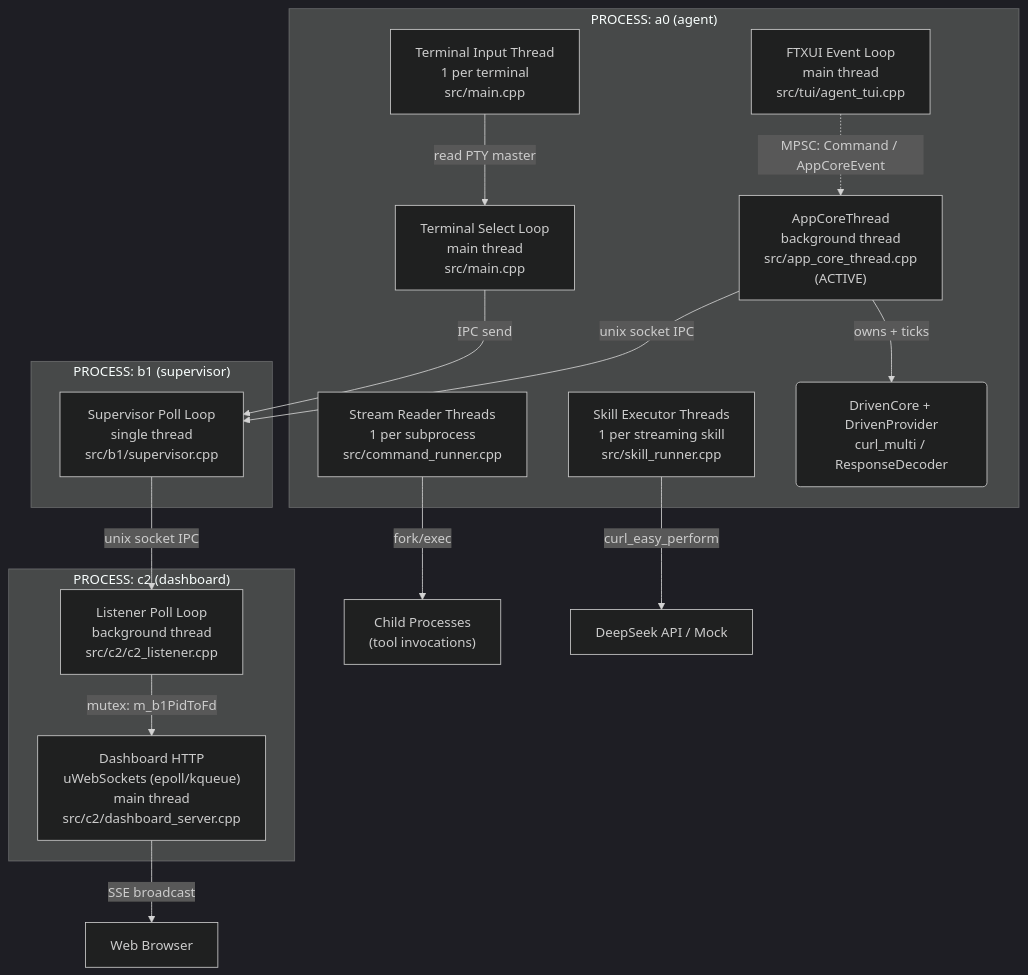
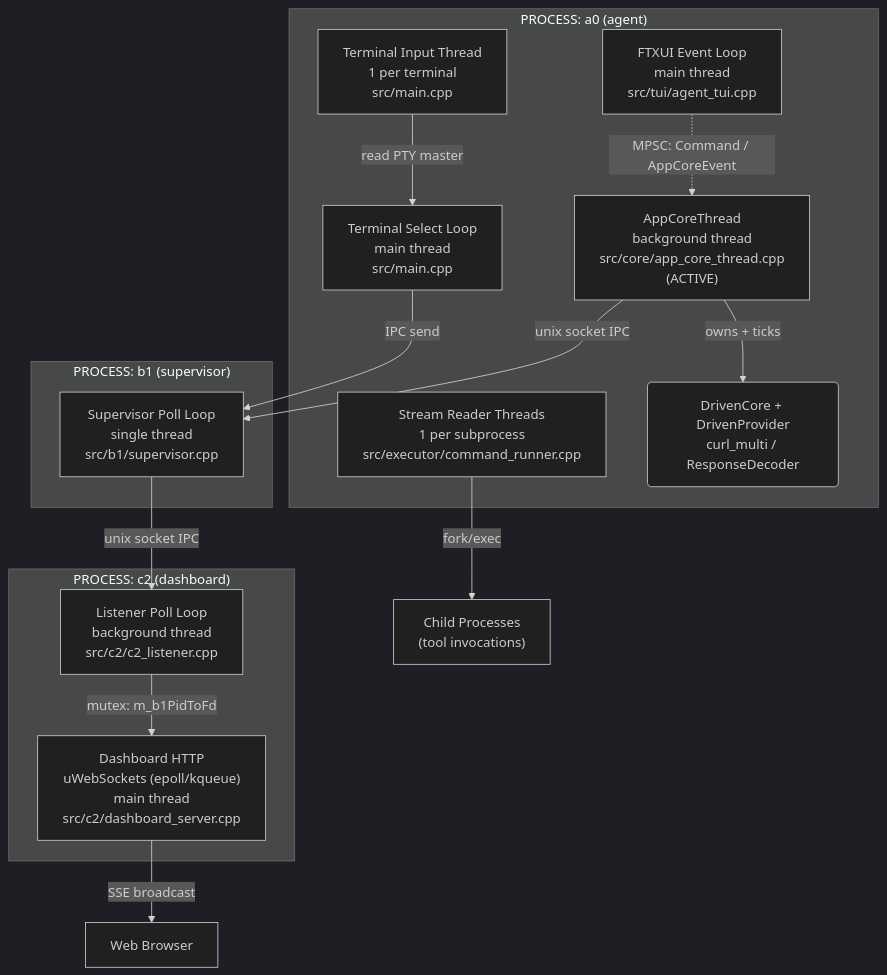
One commit to opensassi/a0 changed the first of 6 diagrams in specs/concurrency-model.md. Above: the diagram before and after it, drawn with Mermaid (dark theme). The commit also changed other lines of this file and 165 other files, not shown here.

````diff
--- a/specs/concurrency-model.md
+++ b/specs/concurrency-model.md
@@ -27,35 +27,33 @@
 ```mermaid
 graph TB
     subgraph "PROCESS: a0 (agent)"
         FTXUI["FTXUI Event Loop<br/>main thread<br/>src/tui/agent_tui.cpp"]
-        APPCT["AppCoreThread<br/>background thread<br/>src/app_core_thread.cpp<br/>(ACTIVE)"]
-        STRM["Stream Reader Threads<br/>1 per subprocess<br/>src/command_runner.cpp"]
-        SKEX["Skill Executor Threads<br/>1 per streaming skill<br/>src/skill_runner.cpp"]
+        APPCT["AppCoreThread<br/>background thread<br/>src/core/app_core_thread.cpp<br/>(ACTIVE)"]
+        STRM["Stream Reader Threads<br/>1 per subprocess<br/>src/executor/command_runner.cpp"]
         TINP["Terminal Input Thread<br/>1 per terminal<br/>src/main.cpp"]
         TSEL["Terminal Select Loop<br/>main thread<br/>src/main.cpp"]
         DRIVEN("DrivenCore + DrivenProvider<br/>curl_multi / ResponseDecoder")
 
         FTXUI -.->|"MPSC: Command / AppCoreEvent"| APPCT
         APPCT -->|"owns + ticks"| DRIVEN
     end
 
     subgraph "PROCESS: b1 (supervisor)"
         B1["Supervisor Poll Loop<br/>single thread<br/>src/b1/supervisor.cpp"]
     end
 
     subgraph "PROCESS: c2 (dashboard)"
         C2HTTP["Dashboard HTTP<br/>uWebSockets (epoll/kqueue)<br/>main thread<br/>src/c2/dashboard_server.cpp"]
         C2LSTN["Listener Poll Loop<br/>background thread<br/>src/c2/c2_listener.cpp"]
     end
 
     APPCT -->|"unix socket IPC"| B1
     B1 -->|"unix socket IPC"| C2LSTN
     C2LSTN -->|"mutex: m_b1PidToFd"| C2HTTP
     C2HTTP -->|"SSE broadcast"| BROWSER["Web Browser"]
 
     STRM -->|"fork/exec"| CHILD["Child Processes<br/>(tool invocations)"]
-    SKEX -->|"curl_easy_perform"| LLM["DeepSeek API / Mock"]
 
     TINP -->|"read PTY master"| TSEL
     TSEL -->|"IPC send"| B1
 ```
````
